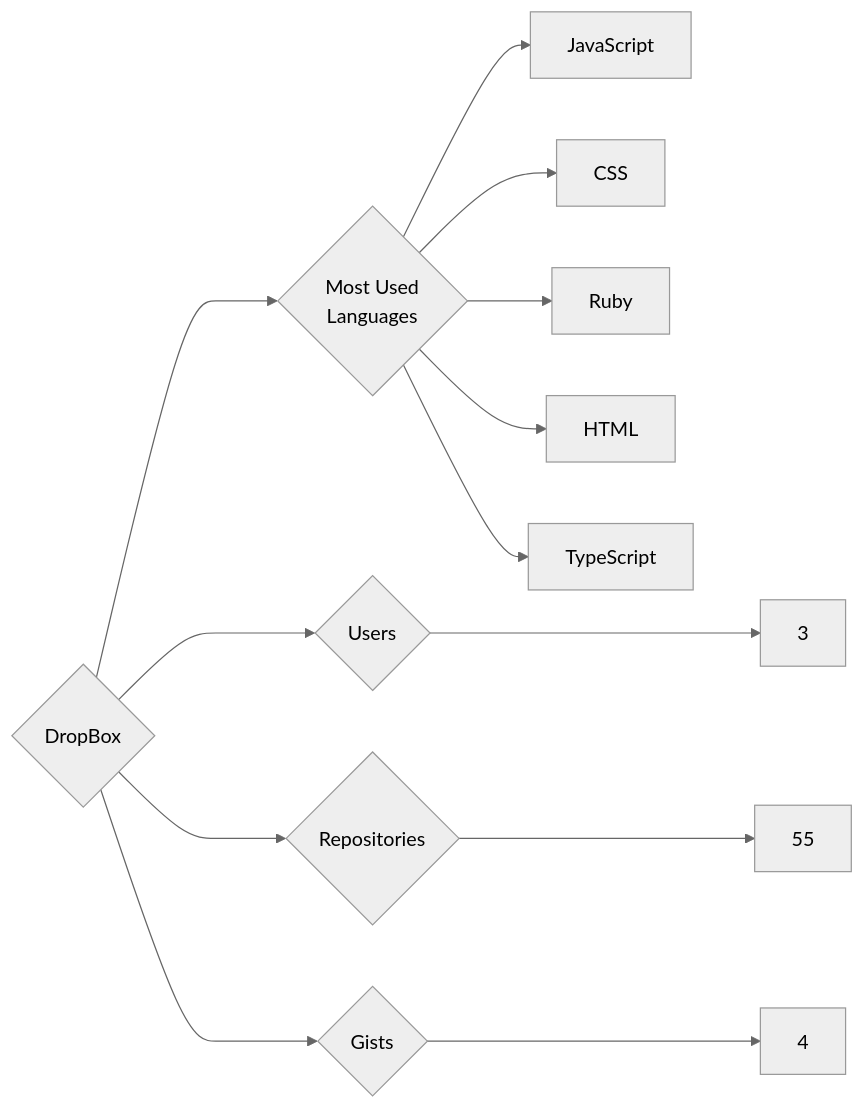
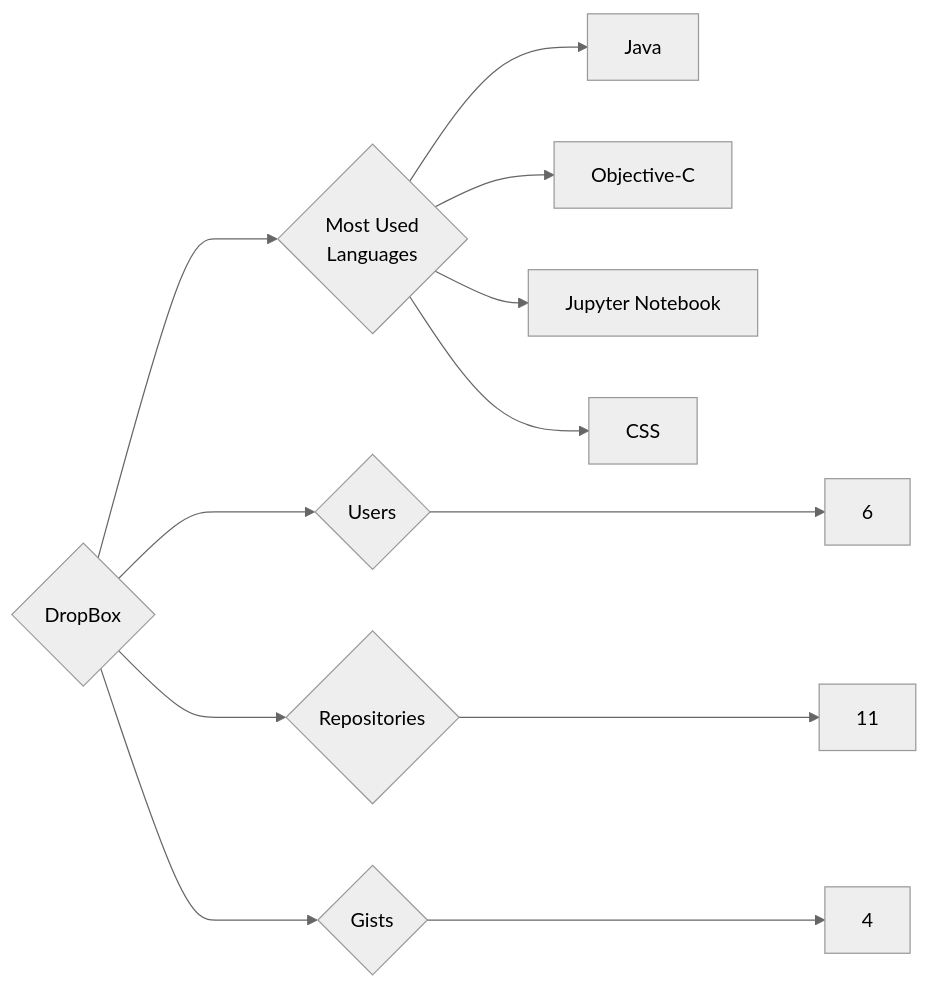
The diagram in targets/DropBox/README.md (trickest/insiders), drawn with Mermaid (neutral theme) before and after one commit. The commit also changed 1023 other files, not shown here.

````diff
--- a/targets/DropBox/README.md
+++ b/targets/DropBox/README.md
@@ -3,13 +3,12 @@
 ```mermaid
 graph LR
 COMPANY_NAME{DropBox}
-COMPANY_NAME ---> U{Users} ---> UN[3]
-COMPANY_NAME ---> R{Repositories} ---> RN[55]
+COMPANY_NAME ---> U{Users} ---> UN[6]
+COMPANY_NAME ---> R{Repositories} ---> RN[11]
 COMPANY_NAME ---> G{Gists} ---> GN[4]
 COMPANY_NAME ---> ML{Most Used<br>Languages}
-ML --> JavaScript[JavaScript]
+ML --> Java[Java]
+ML --> Objective-C[Objective-C]
+ML --> Jupyter_Notebook[Jupyter Notebook]
 ML --> CSS[CSS]
-ML --> Ruby[Ruby]
-ML --> HTML[HTML]
-ML --> TypeScript[TypeScript]
 ```
````
